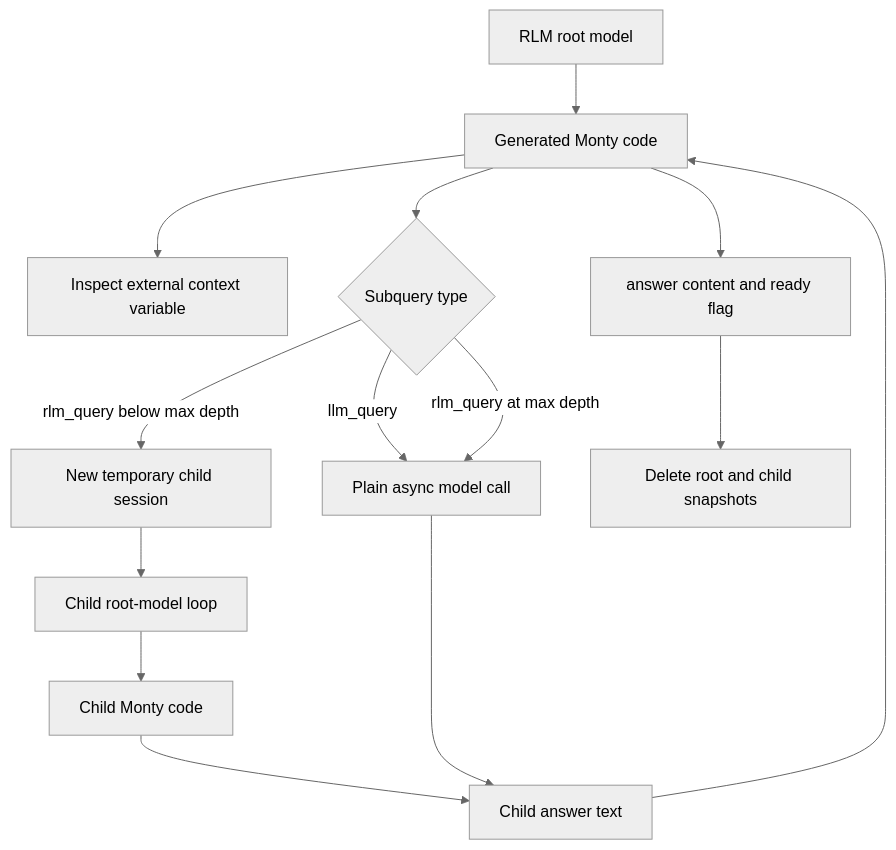
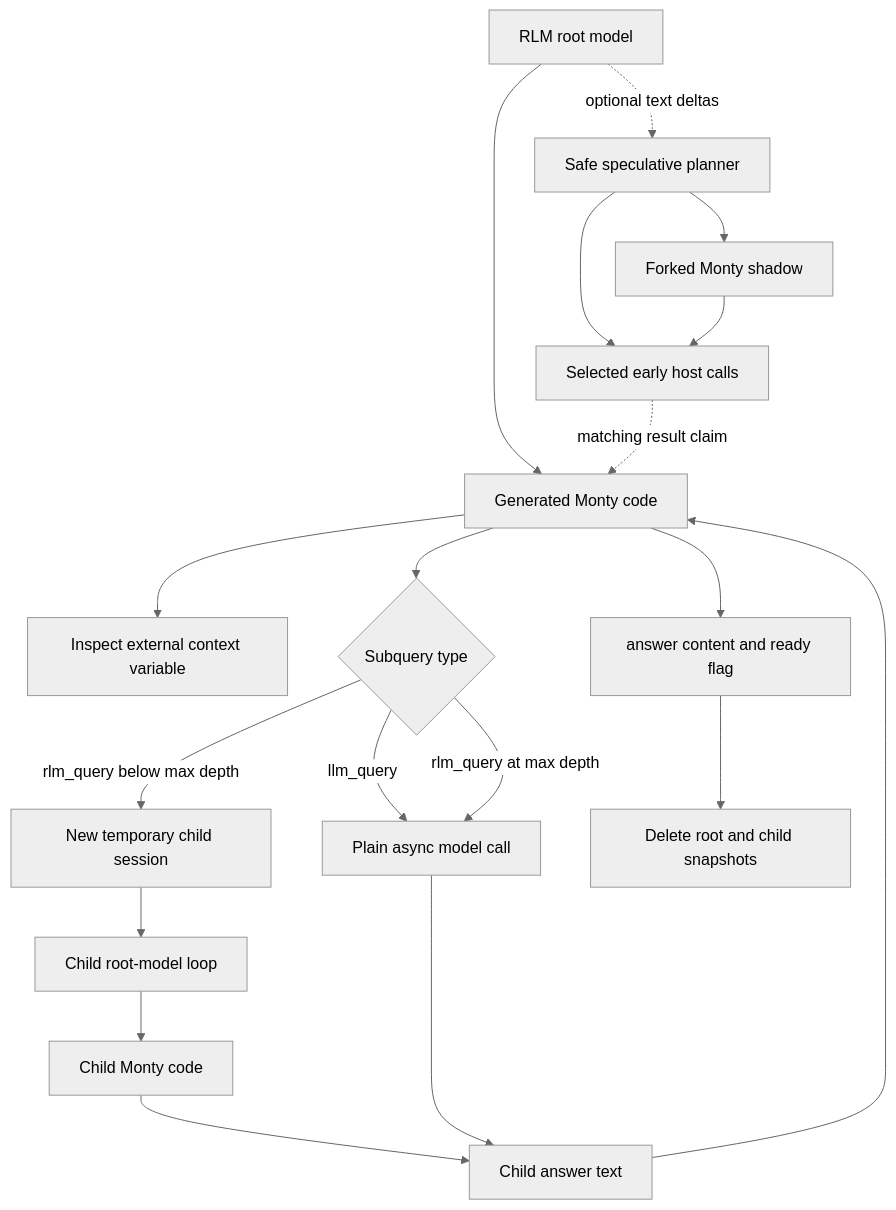
One commit to sgaseretto/arenero changed the fifth of 6 diagrams in docs/architecture.md. Above: the diagram before and after it, drawn with Mermaid (neutral theme). The commit also changed other lines of this file and 17 other files, not shown here.

````diff
--- a/docs/architecture.md
+++ b/docs/architecture.md
@@ -248,16 +249,21 @@
 ```mermaid
 flowchart TD
     Root["RLM root model"] --> Code["Generated Monty code"]
+    Root -. "optional text deltas" .-> Planner["Safe speculative planner"]
+    Planner --> Early["Selected early host calls"]
+    Planner --> Shadow["Forked Monty shadow"]
+    Shadow --> Early
     Code --> Context["Inspect external context variable"]
     Code --> Plain{"Subquery type"}
     Plain -->|llm_query| Model["Plain async model call"]
     Plain -->|rlm_query below max depth| Child["New temporary child session"]
     Plain -->|rlm_query at max depth| Model
     Child --> ChildRoot["Child root-model loop"]
     ChildRoot --> ChildCode["Child Monty code"]
     ChildCode --> Answer["Child answer text"]
     Model --> Answer
+    Early -. "matching result claim" .-> Code
     Answer --> Code
     Code --> Final["answer content and ready flag"]
     Final --> Cleanup["Delete root and child snapshots"]
 ```
````
